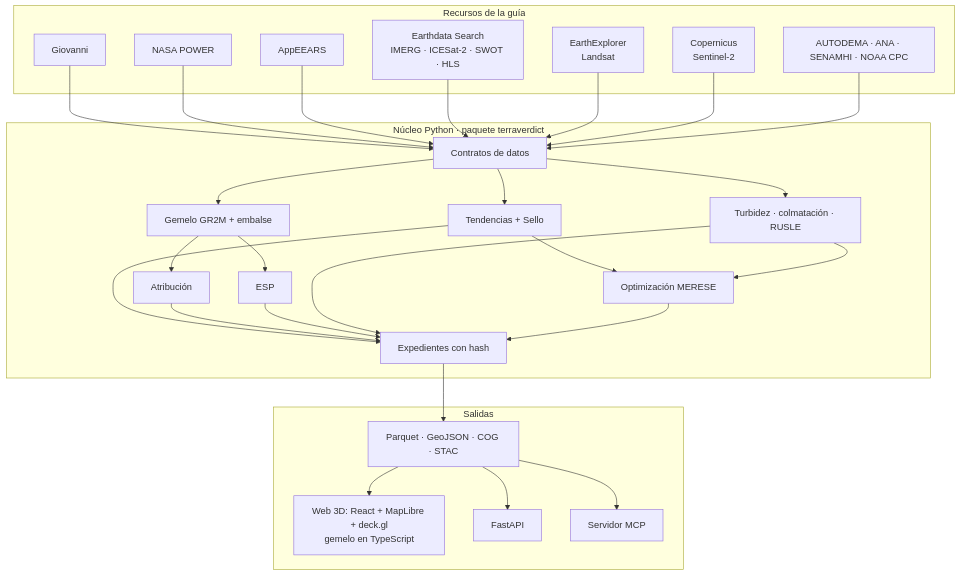
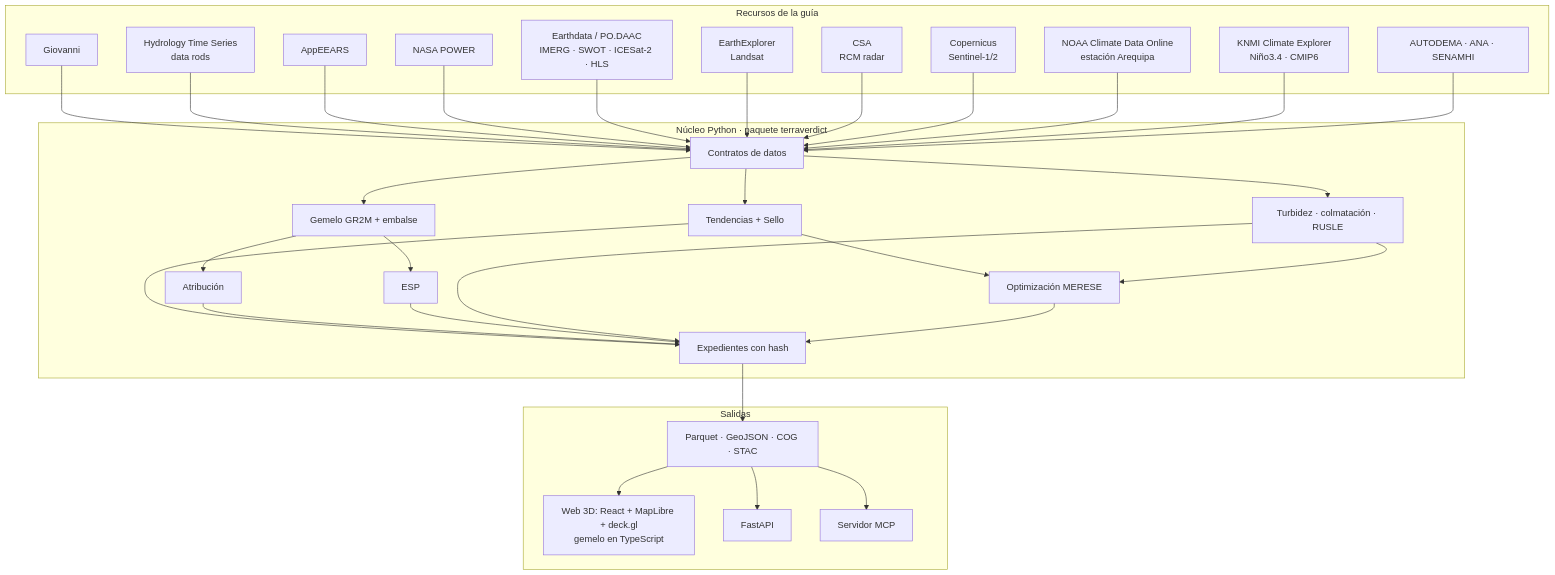
One commit to DiegoNiS/terraverdict changed the third of 3 diagrams in readme.md. Above: the diagram before and after it, drawn with Mermaid. The commit also changed other lines of this file and 1 other file, not shown here.

First line of the commit message:
Planteamiento completo con datos reales de Arequipa y recursos oficiales del reto

````diff
--- a/readme.md
+++ b/readme.md
@@ -309,21 +359,23 @@
 ```mermaid
 flowchart TB
     subgraph Fuentes["Recursos de la guía"]
-        G[Giovanni] & PW[NASA POWER] & AP[AppEEARS] & ED[Earthdata Search<br/>IMERG · ICESat-2 · SWOT · HLS] & EE[EarthExplorer<br/>Landsat] & CP[Copernicus<br/>Sentinel-2]
-        LOC[AUTODEMA · ANA · SENAMHI · NOAA CPC]
+        G[Giovanni] & HT[Hydrology Time Series<br/>data rods] & AP[AppEEARS] & PW[NASA POWER]
+        ED[Earthdata / PO.DAAC<br/>IMERG · SWOT · ICESat-2 · HLS] & EE[EarthExplorer<br/>Landsat] & CSA[CSA<br/>RCM radar] & CP[Copernicus<br/>Sentinel-1/2]
+        CDO[NOAA Climate Data Online<br/>estación Arequipa] & KN[KNMI Climate Explorer<br/>Niño3.4 · CMIP6]
+        LOC[AUTODEMA · ANA · SENAMHI]
     end
     subgraph Nucleo["Núcleo Python · paquete terraverdict"]
         V[Contratos de datos] --> T[Tendencias + Sello]
         V --> H[Gemelo GR2M + embalse] --> A[Atribución] & F[ESP]
         V --> Z[Turbidez · colmatación · RUSLE]
         T & Z --> O[Optimización MERESE]
         T & A & F & Z & O --> X[Expedientes con hash]
     end
     subgraph Salidas
         S[Parquet · GeoJSON · COG · STAC]
         W[Web 3D: React + MapLibre + deck.gl<br/>gemelo en TypeScript]
         API[FastAPI] & MCP[Servidor MCP]
     end
-    G & PW & AP & ED & EE & CP & LOC --> V
+    G & HT & AP & PW & ED & EE & CSA & CP & CDO & KN & LOC --> V
     X --> S --> W & API & MCP
 ```
````
